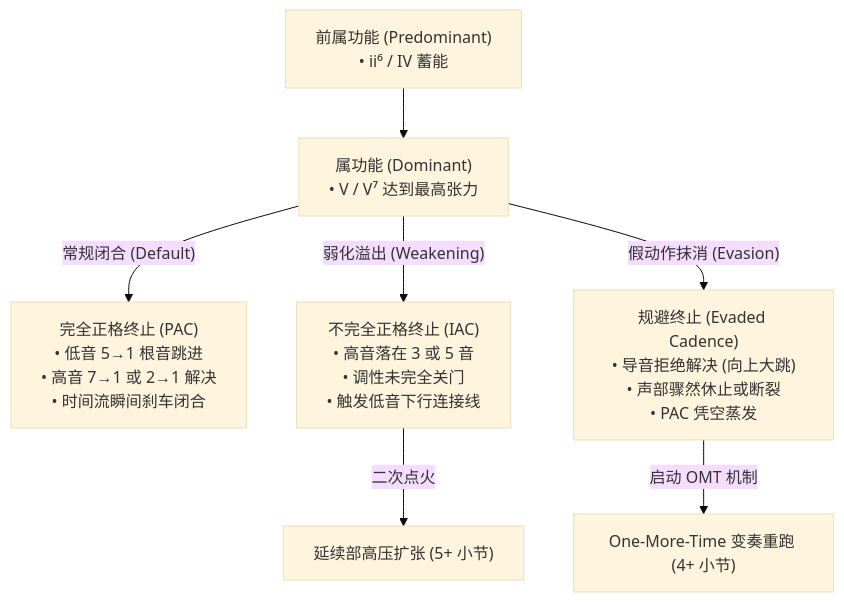
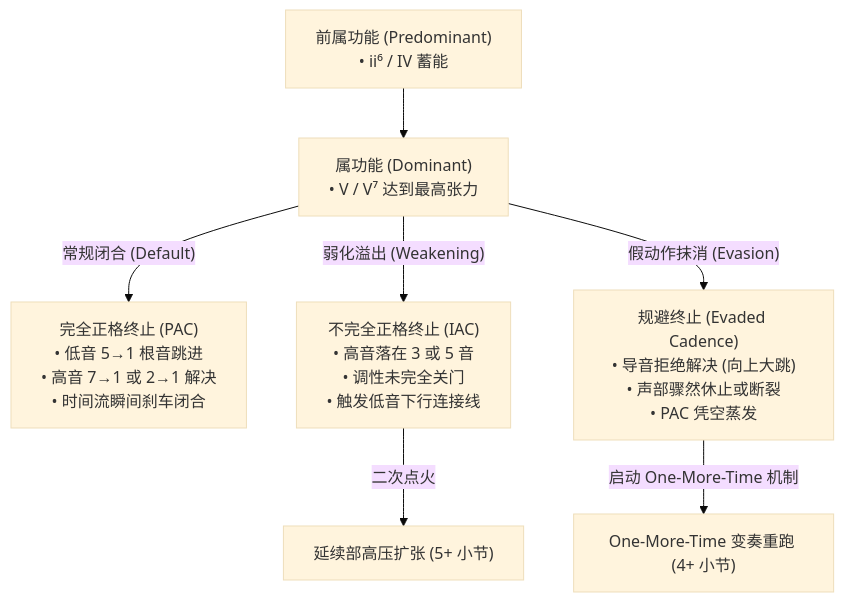
Before and after one commit to OpenCadenza/music-wiki: the diagram in content/techniques/structure/cadential-evasion-and-temporal-expansion.md, drawn with Mermaid (base theme). The commit also changed other lines of this file and 14 other files, not shown here.

````diff
--- a/content/techniques/structure/cadential-evasion-and-temporal-expansion.md
+++ b/content/techniques/structure/cadential-evasion-and-temporal-expansion.md
@@ -23,12 +23,12 @@
 ```mermaid
 flowchart TD
     Pre["前属功能 (Predominant)<br>• ii⁶ / IV 蓄能"] --> Dom["属功能 (Dominant)<br>• V / V⁷ 达到最高张力"]
     
     Dom -->|"常规闭合 (Default)"| PAC["完全正格终止 (PAC)<br>• 低音 5→1 根音跳进<br>• 高音 7→1 或 2→1 解决<br>• 时间流瞬间刹车闭合"]
     
     Dom -->|"弱化溢出 (Weakening)"| IAC["不完全正格终止 (IAC)<br>• 高音落在 3 或 5 音<br>• 调性未完全关门<br>• 触发低音下行连接线"]
     IAC -->|"二次点火"| Ext1["延续部高压扩张 (5+ 小节)"]
     
     Dom -->|"假动作抹消 (Evasion)"| Evade["规避终止 (Evaded Cadence)<br>• 导音拒绝解决 (向上大跳)<br>• 声部骤然休止或断裂<br>• PAC 凭空蒸发"]
-    Evade -->|"启动 OMT 机制"| Ext2["One-More-Time 变奏重跑 (4+ 小节)"]
+    Evade -->|"启动 One-More-Time 机制"| Ext2["One-More-Time 变奏重跑 (4+ 小节)"]
 ```
````
